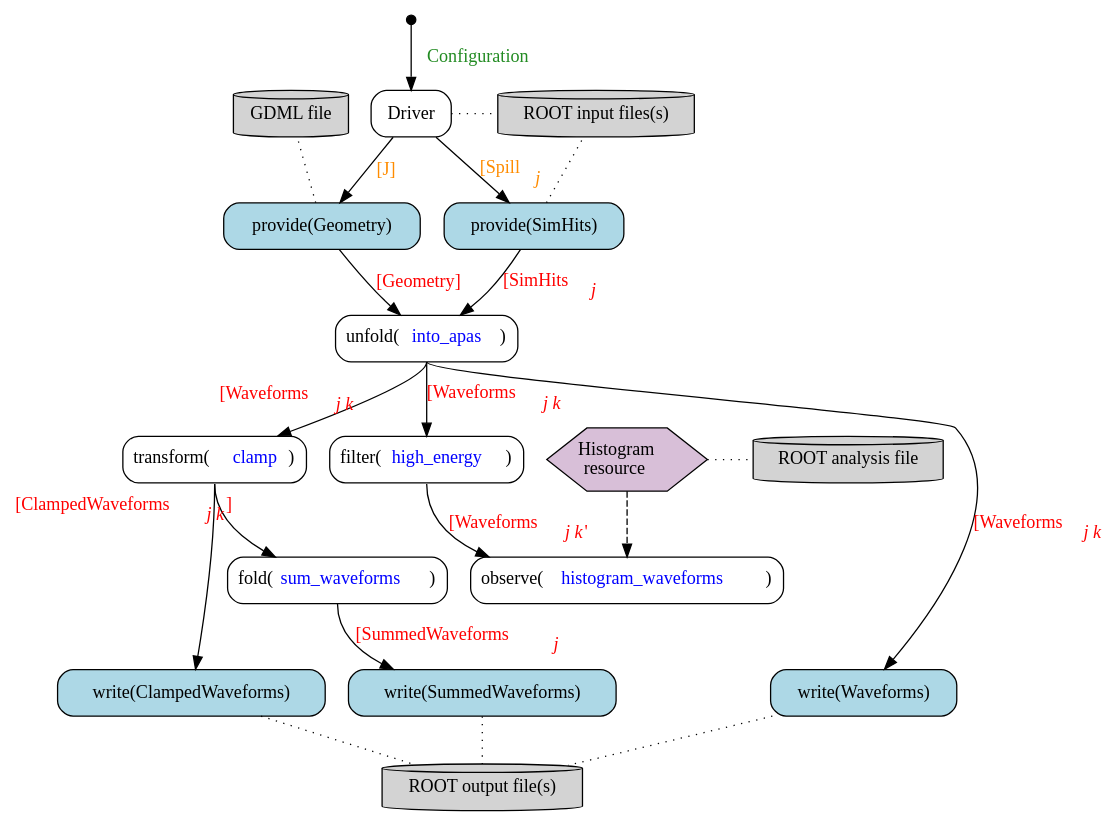
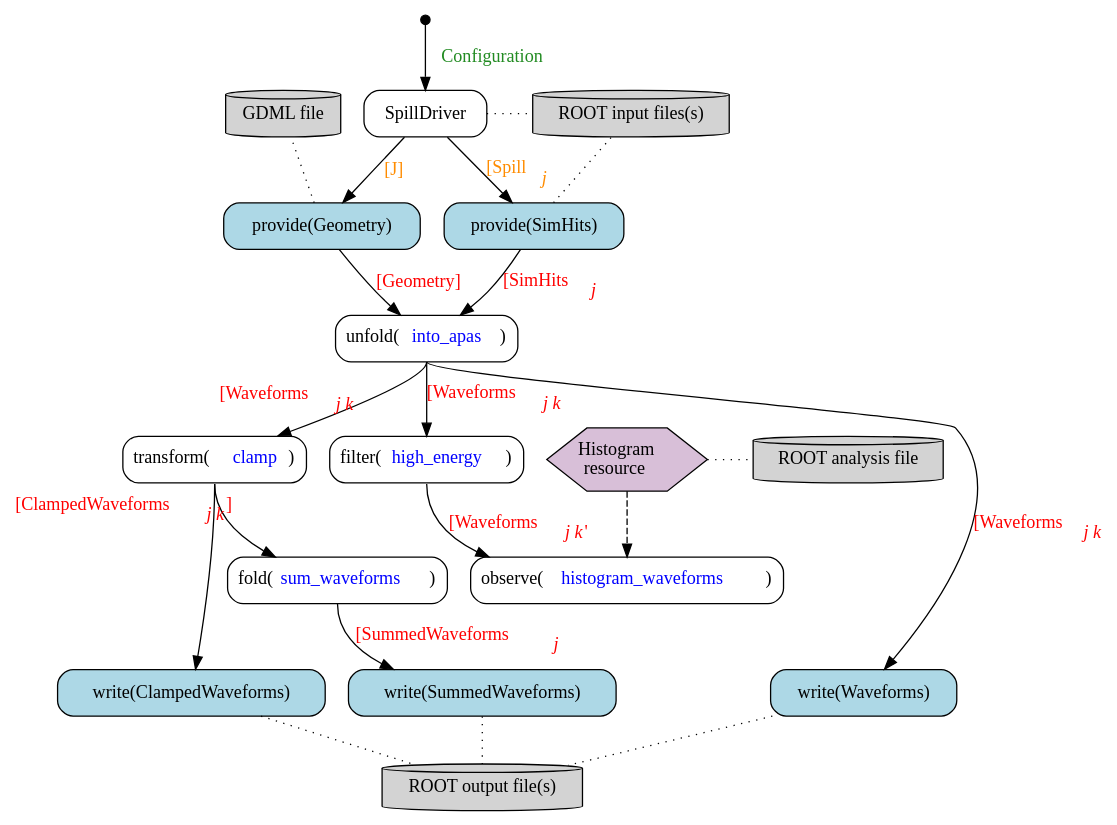
One commit to Framework-R-D/phlex-design changed the diagram in doc/work-flow.gv. Above: the diagram before and after it, drawn with Graphviz. The commit also changed 1 other file, not shown here.

Commit message:
Change name of Driver to SpillDriver

```diff
--- a/doc/work-flow.gv
+++ b/doc/work-flow.gv
@@ -1,75 +1,75 @@
 digraph {
   node [shape="box", style="rounded"]
   edge [fontcolor="red"];
 
   start [shape="point", width=0.1]
   unfold [label=<unfold(<font color="blue">into_apas</font>)>]
   transform [label=<transform(<font color="blue">clamp</font>)>]
   fold [label=<fold(<font color="blue">sum_waveforms</font>)>]
   filter [label=<filter(<font color="blue">high_energy</font>)>];
   observer [label=<observe(<font color="blue">histogram_waveforms</font>)>];
   out [label="ROOT output file(s)", shape="cylinder", style="filled", fillcolor="lightgray"]
 
   {
     rank=same;
     resource [label=<Histogram<br/> resource>,
               shape=hexagon,
               style=filled,
               fillcolor=thistle,
               margin=0];
     root [label="ROOT analysis file", style=filled, shape=cylinder];
   }
 
   start -> driver [label=" Configuration", fontcolor="forestgreen"];
 
   {
     rank=same;
     gdml [label="GDML file", shape="cylinder", style="filled", fillcolor="lightgray"]
-    driver [label="Driver"];
+    driver [label="SpillDriver"];
     input [label="ROOT input files(s)", shape="cylinder", style="filled", fillcolor="lightgray"];
   }
 
   driver -> input [style="dotted", arrowhead=none];
 
   // Providers
   {
     rank=same;
     geometry_provider [label="provide(Geometry)", style="filled,rounded", fillcolor="lightblue"];
     sim_hits_provider [label="provide(SimHits)", style="filled,rounded" fillcolor="lightblue"];
   }
 
   driver -> geometry_provider [label=" [J]", fontcolor="darkorange"];
   driver -> sim_hits_provider [label=< [Spill<sub><i>j</i></sub>]>, fontcolor="darkorange"];
 
   geometry_provider -> gdml [style="dotted", arrowhead=none];
   resource -> root [style="dotted", arrowhead=none];
 
   sim_hits_provider -> input [style="dotted", arrowhead=none];
   sim_hits_provider -> unfold [label=< [SimHits<sub><i>j</i></sub>]>];
   geometry_provider -> unfold [label=< [Geometry]>];
 
   unfold:s -> transform [xlabel=< [Waveforms<sub><i>j k</i></sub>]>];
   transform:s -> fold [taillabel=<[ClampedWaveforms<sub><i>j k</i></sub>] >,
                        labelangle=-80,
                        labeldistance=7
                       ];
 
   // Writers
   {
     rank=same;
     waveforms_writer [label="write(Waveforms)", style="filled,rounded", fillcolor="lightblue"];
     summed_waveforms_writer [label="write(SummedWaveforms)", style="filled,rounded", fillcolor="lightblue"];
     clamped_waveforms_writer [label="write(ClampedWaveforms)", style="filled,rounded" fillcolor="lightblue"];
   }
 
   unfold:s -> waveforms_writer [label=<[Waveforms<sub><i>j k</i></sub>]>];
   transform:s -> clamped_waveforms_writer;
   fold:s -> summed_waveforms_writer [label=< [SummedWaveforms<sub><i>j</i></sub>]>];
 
   {waveforms_writer, clamped_waveforms_writer, summed_waveforms_writer} -> out [style="dotted", arrowhead=none]
 
   unfold:s -> filter [label=< [Waveforms<sub><i>j k</i></sub>]>];
   filter:s -> observer [label=< [Waveforms<sub><i>j k</i> '</sub>]>];
   resource -> observer [style="dashed"];
 
 }
```
